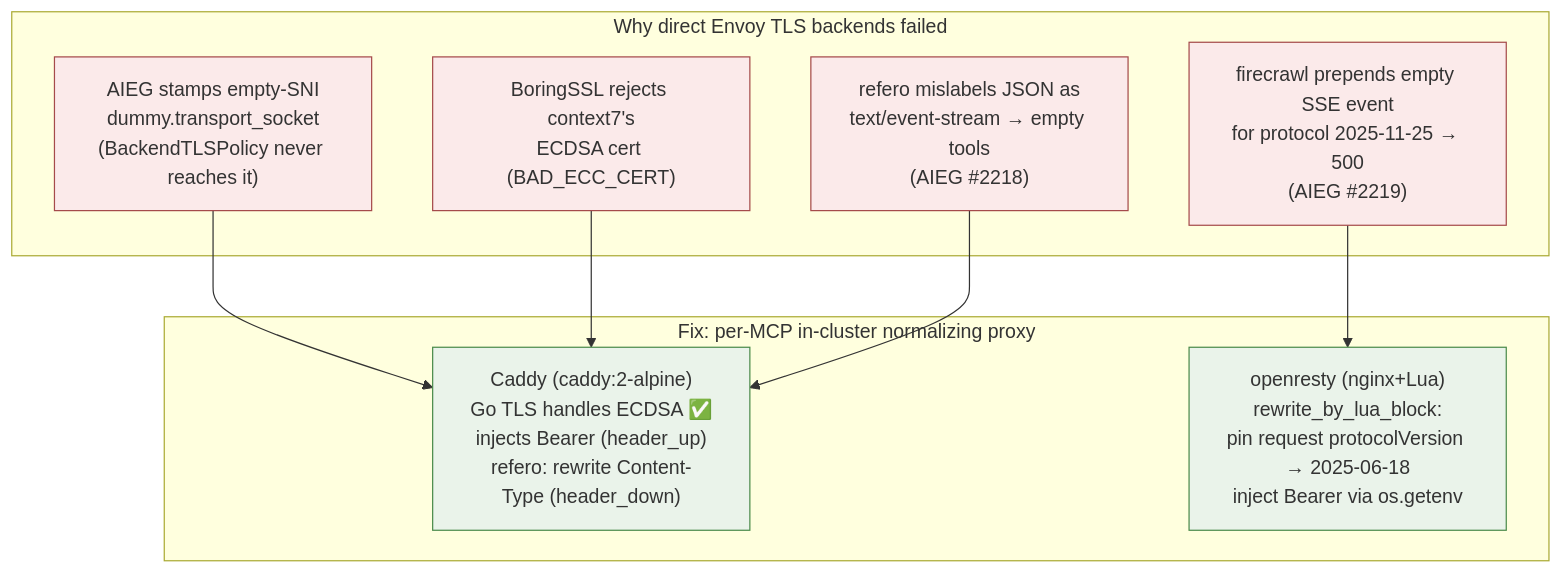
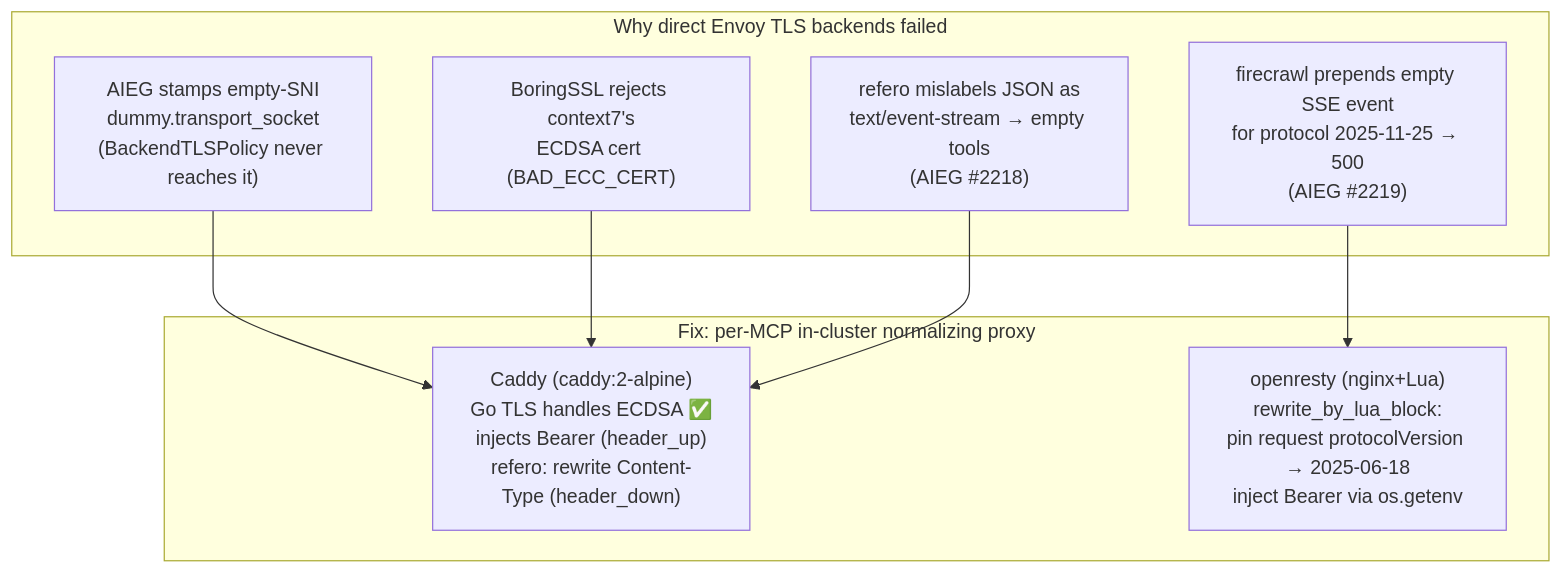
Before and after one commit to ADORSYS-GIS/ai-helm: the third of 4 diagrams in docs/architecture/10-mcp.md, drawn with Mermaid. The commit also changed other lines of this file and 13 other files, not shown here.

First line of the commit message:
docs(architecture): uncolor all mermaid; refresh CD/components; add diagrams

````diff
--- a/docs/architecture/10-mcp.md
+++ b/docs/architecture/10-mcp.md
@@ -83,22 +81,20 @@
 ```mermaid
 flowchart TB
     subgraph problems["Why direct Envoy TLS backends failed"]
-        P1["AIEG stamps empty-SNI<br/>dummy.transport_socket<br/>(BackendTLSPolicy never reaches it)"]:::warn
-        P2["BoringSSL rejects context7's<br/>ECDSA cert (BAD_ECC_CERT)"]:::warn
-        P3["refero mislabels JSON as<br/>text/event-stream → empty tools<br/>(AIEG #2218)"]:::warn
-        P4["firecrawl prepends empty SSE event<br/>for protocol 2025-11-25 → 500<br/>(AIEG #2219)"]:::warn
+        P1["AIEG stamps empty-SNI<br/>dummy.transport_socket<br/>(BackendTLSPolicy never reaches it)"]
+        P2["BoringSSL rejects context7's<br/>ECDSA cert (BAD_ECC_CERT)"]
+        P3["refero mislabels JSON as<br/>text/event-stream → empty tools<br/>(AIEG #2218)"]
+        P4["firecrawl prepends empty SSE event<br/>for protocol 2025-11-25 → 500<br/>(AIEG #2219)"]
     end
 
     subgraph fix["Fix: per-MCP in-cluster normalizing proxy"]
-        CADDY["Caddy (caddy:2-alpine)<br/>Go TLS handles ECDSA ✅<br/>injects Bearer (header_up)<br/>refero: rewrite Content-Type (header_down)"]:::own
-        ORS["openresty (nginx+Lua)<br/>rewrite_by_lua_block:<br/>pin request protocolVersion → 2025-06-18<br/>inject Bearer via os.getenv"]:::own
+        CADDY["Caddy (caddy:2-alpine)<br/>Go TLS handles ECDSA ✅<br/>injects Bearer (header_up)<br/>refero: rewrite Content-Type (header_down)"]
+        ORS["openresty (nginx+Lua)<br/>rewrite_by_lua_block:<br/>pin request protocolVersion → 2025-06-18<br/>inject Bearer via os.getenv"]
     end
 
     P1 --> CADDY
     P2 --> CADDY
     P3 --> CADDY
     P4 --> ORS
 
-    classDef warn fill:#fbeaea,stroke:#a54a4a;
-    classDef own fill:#eaf3ea,stroke:#4a8a4a;
 ```
````
